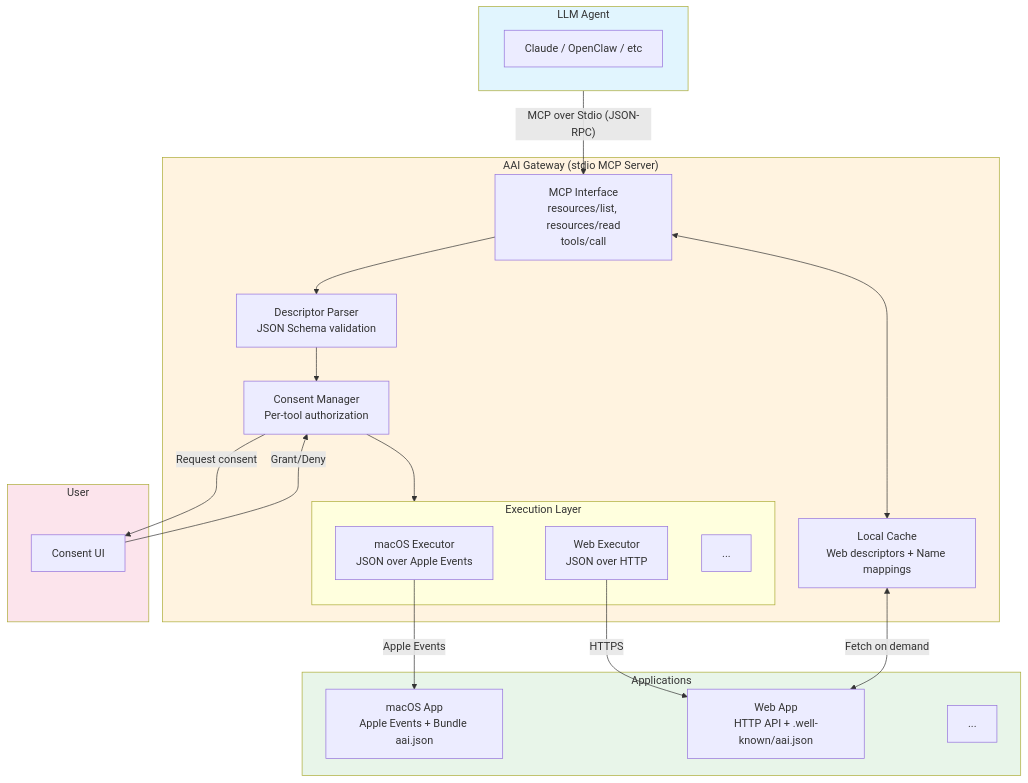
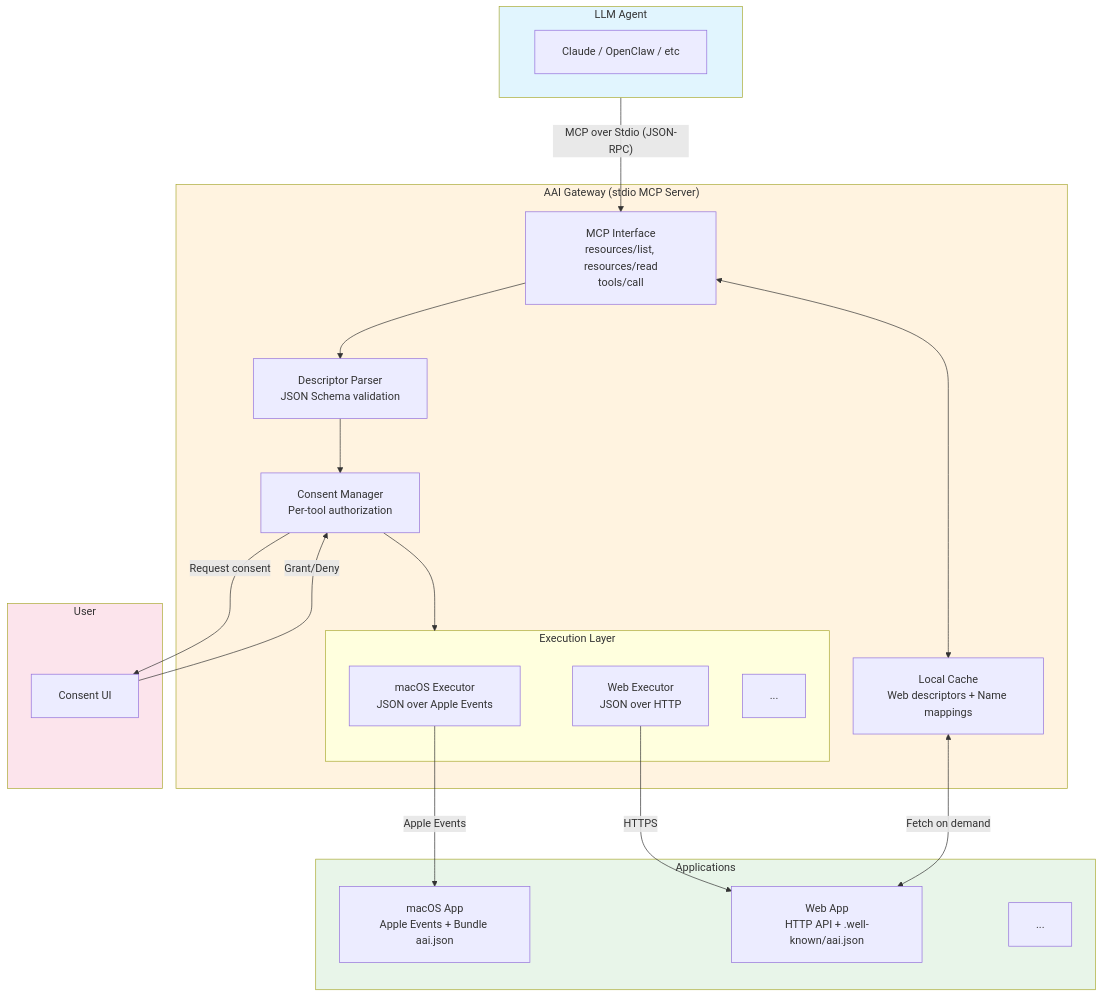
The diagram in docs/protocol/architecture.md (gybob/aai-website), drawn with Mermaid before and after one commit.

Commit message:
fix: increase mermaid node padding to fix truncated text in Architecture diagram

````diff
--- a/docs/protocol/architecture.md
+++ b/docs/protocol/architecture.md
@@ -9,45 +9,46 @@
 ```mermaid
+%%{init: {'flowchart': {'padding': 20, 'nodeSpacing': 50, 'rankSpacing': 80}}}%%
 flowchart TB
     subgraph Agent["LLM Agent"]
         A1[Claude / OpenClaw / etc]
     end
 
     subgraph Gateway["AAI Gateway (stdio MCP Server)"]
         G1["MCP Interface<br/>resources/list, resources/read<br/>tools/call"]
         G2["Descriptor Parser<br/>JSON Schema validation"]
         G3["Consent Manager<br/>Per-tool authorization"]
         G4["Execution Layer"]
         G5["Local Cache<br/>Web descriptors + Name mappings"]
 
         subgraph G4["Execution Layer"]
             E1["macOS Executor<br/>JSON over Apple Events"]
             E2["Web Executor<br/>JSON over HTTP"]
             E3["..."]
         end
 
         G1 --> G2 --> G3 --> G4
         G1 <--> G5
     end
 
     subgraph User["User"]
         U1["Consent UI"]
     end
 
     subgraph Apps["Applications"]
         D1["macOS App<br/>Apple Events + Bundle aai.json"]
         W1["Web App<br/>HTTP API + .well-known/aai.json"]
         X1["..."]
     end
 
     Agent -->|"MCP over Stdio (JSON-RPC)"| G1
     G3 -->|"Request consent"| U1
     U1 -->|"Grant/Deny"| G3
     E1 -->|"Apple Events"| D1
     E2 -->|"HTTPS"| W1
     G5 <-->|"Fetch on demand"| W1
 
     style Agent fill:#e1f5fe
     style Gateway fill:#fff3e0
     style Apps fill:#e8f5e9
     style User fill:#fce4ec
 ```
````
